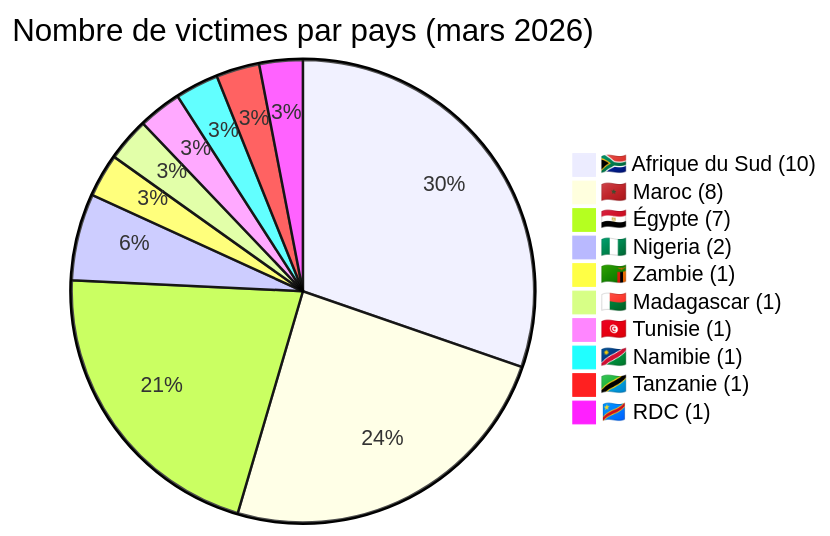
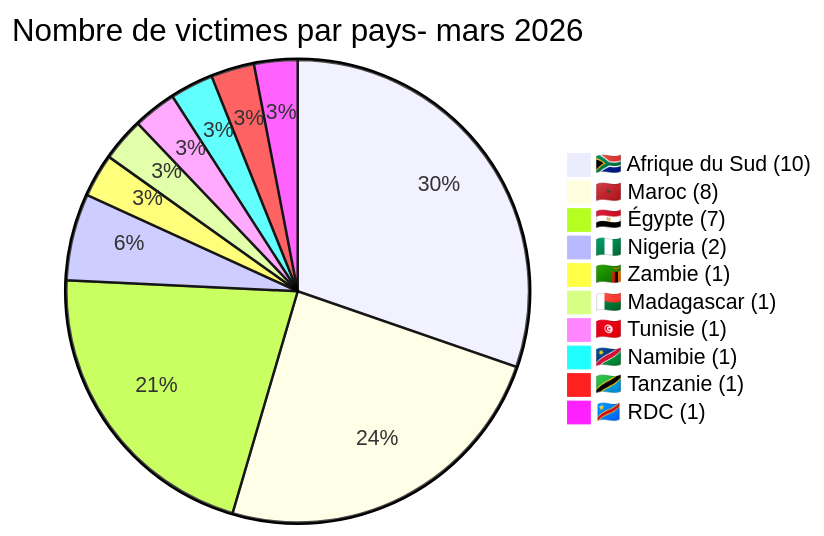
The third of 13 diagrams in reports/2026/03-march/README_FR.md (Hatchepsoute/AFRINTEL), drawn with Mermaid before and after one commit. The commit also changed other lines of this file and 1 other file, not shown here.

````diff
--- a/reports/2026/03-march/README_FR.md
+++ b/reports/2026/03-march/README_FR.md
@@ -72,14 +72,14 @@
 ```mermaid
 pie
-    title Nombre de victimes par pays (mars 2026)
+    title Nombre de victimes par pays- mars 2026
     "🇿🇦 Afrique du Sud (10)" : 10
     "🇲🇦 Maroc (8)" : 8
     "🇪🇬 Égypte (7)" : 7
     "🇳🇬 Nigeria (2)" : 2
     "🇿🇲 Zambie (1)" : 1
     "🇲🇬 Madagascar (1)" : 1
     "🇹🇳 Tunisie (1)" : 1
     "🇳🇦 Namibie (1)" : 1
     "🇹🇿 Tanzanie (1)" : 1
     "🇨🇩 RDC (1)" : 1
 ```
````
